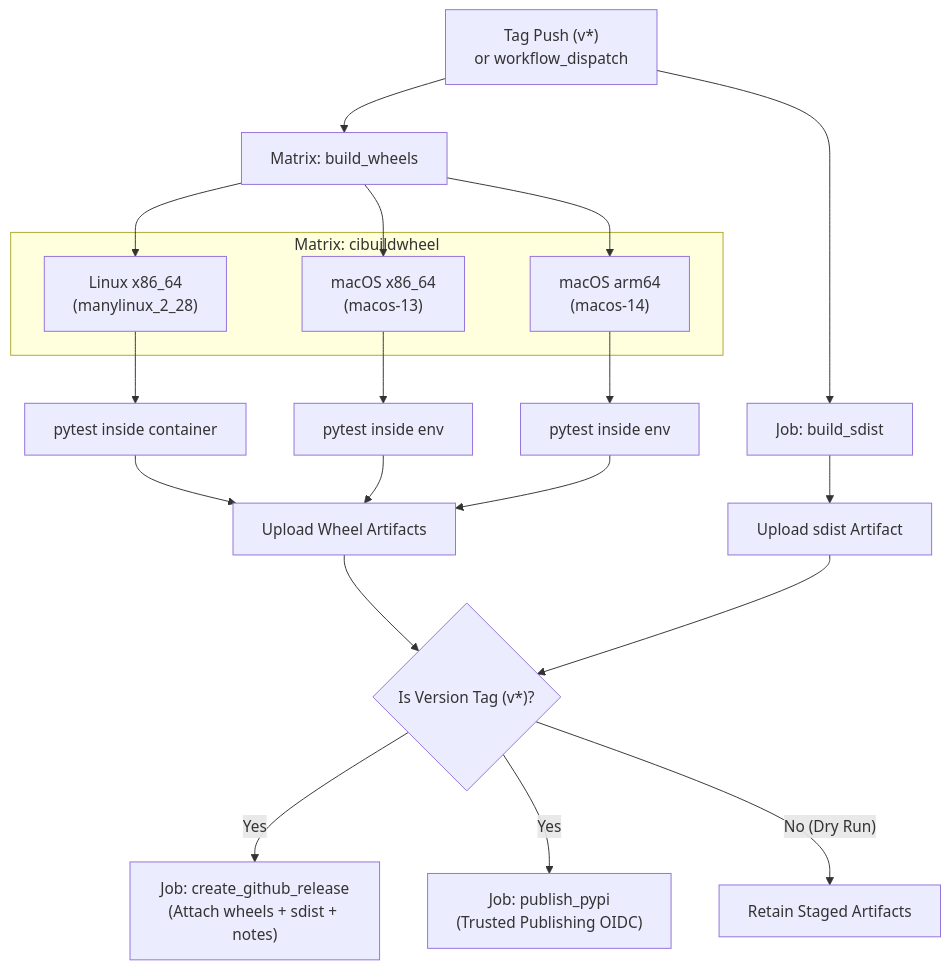
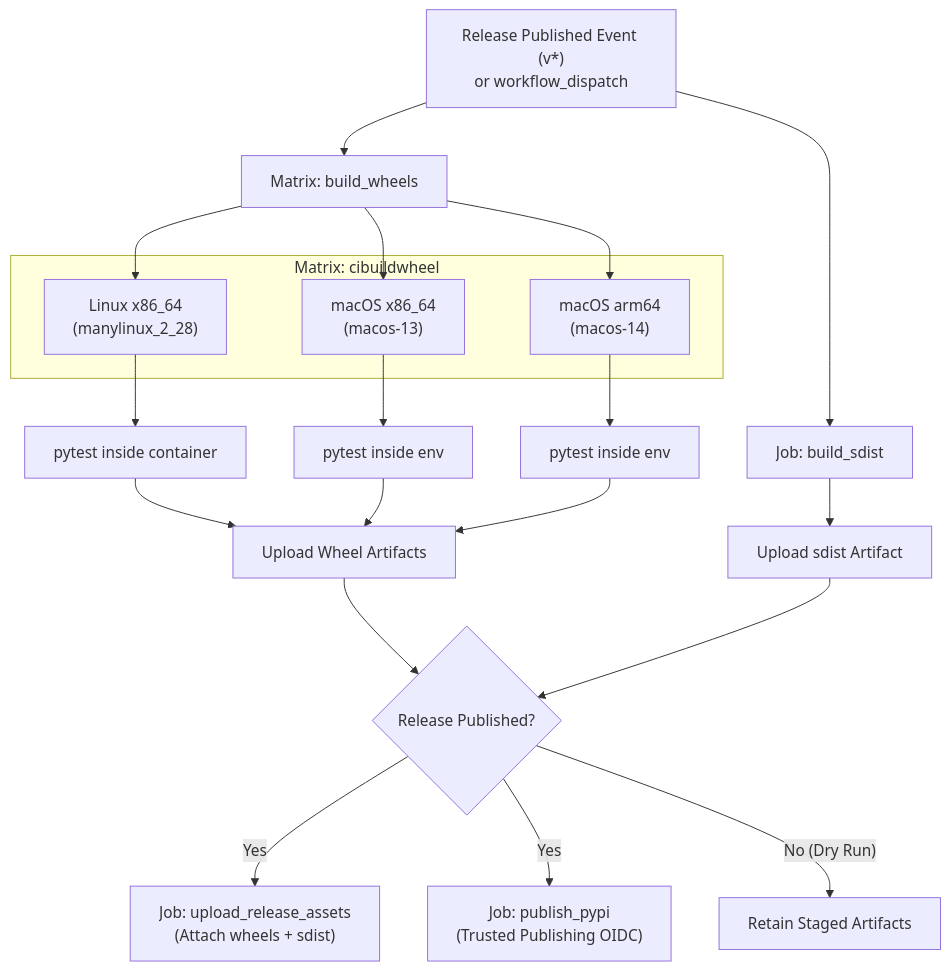
Before and after one commit to pauldruce/RFL: the second of 2 diagrams in docs/eps/ep-2-package-and-binary-distribution.md, drawn with Mermaid. The commit also changed other lines of this file and 1 other file, not shown here.

````diff
--- a/docs/eps/ep-2-package-and-binary-distribution.md
+++ b/docs/eps/ep-2-package-and-binary-distribution.md
@@ -173,26 +186,26 @@
 ```mermaid
 flowchart TD
-    A["Tag Push (v*)\nor workflow_dispatch"] --> B["Matrix: build_wheels"]
+    A["Release Published Event (v*)\nor workflow_dispatch"] --> B["Matrix: build_wheels"]
     A --> C["Job: build_sdist"]
     
     subgraph "Matrix: cibuildwheel"
         B1["Linux x86_64\n(manylinux_2_28)"]
         B2["macOS x86_64\n(macos-13)"]
         B3["macOS arm64\n(macos-14)"]
     end
     
     B --> B1 & B2 & B3
     
     B1 --> T1["pytest inside container"]
     B2 --> T2["pytest inside env"]
     B3 --> T3["pytest inside env"]
     
     T1 & T2 & T3 --> U1["Upload Wheel Artifacts"]
     C --> U2["Upload sdist Artifact"]
     
-    U1 & U2 --> G{"Is Version Tag (v*)?"}
+    U1 & U2 --> G{"Release Published?"}
     
-    G -- Yes --> R1["Job: create_github_release\n(Attach wheels + sdist + notes)"]
+    G -- Yes --> R1["Job: upload_release_assets\n(Attach wheels + sdist)"]
     G -- Yes --> R2["Job: publish_pypi\n(Trusted Publishing OIDC)"]
     G -- No (Dry Run) --> R3["Retain Staged Artifacts"]
 ```
````
